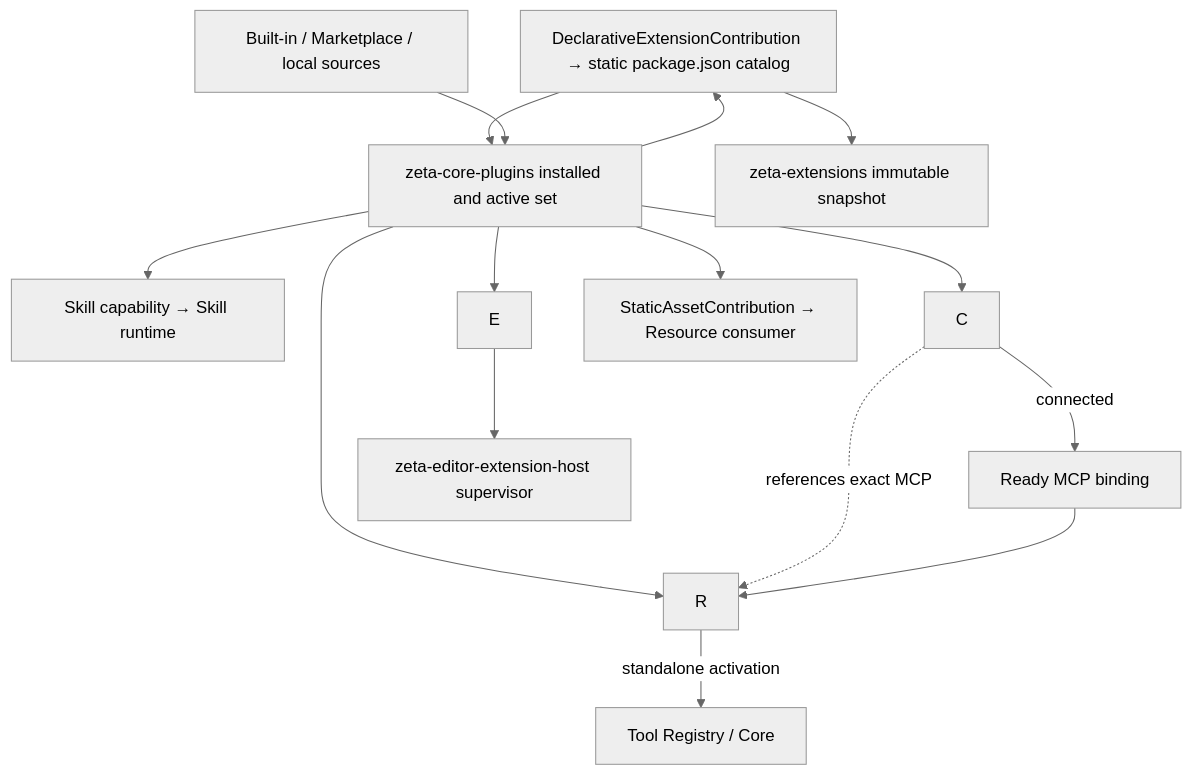
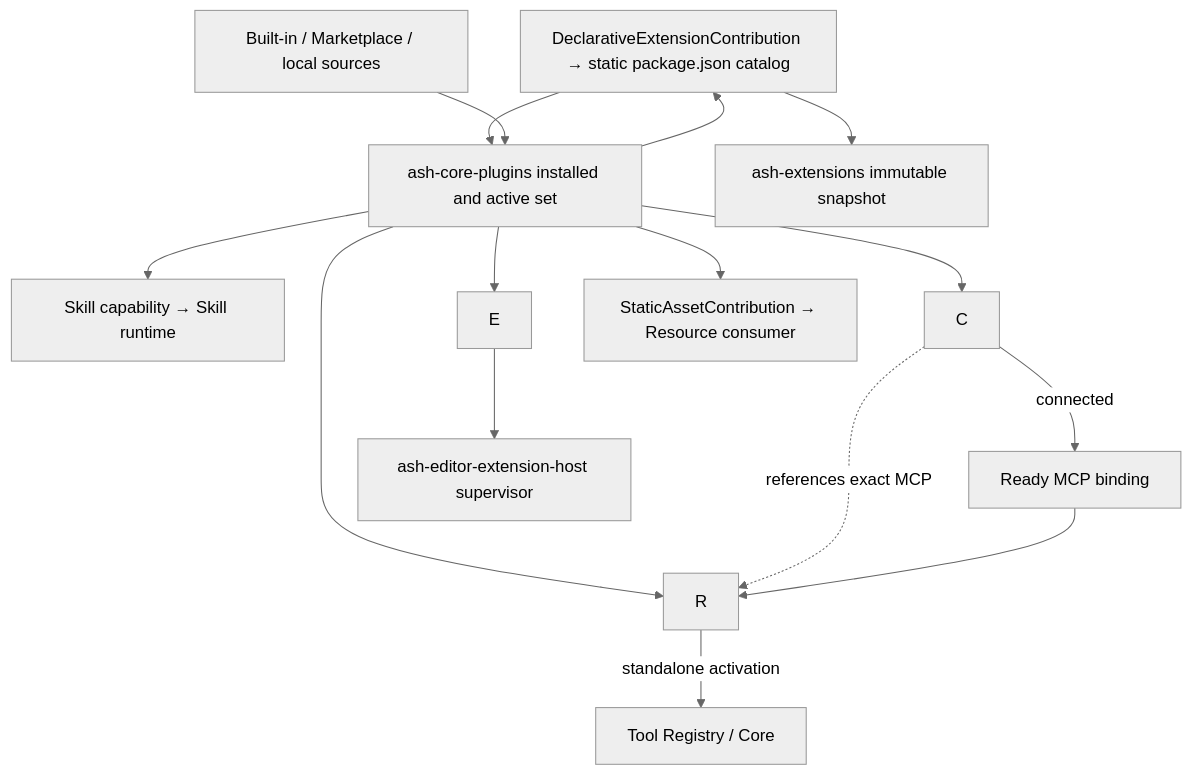
The diagram in docs/plugins.md (chogng/zeta), drawn with Mermaid (neutral theme) before and after one commit. The commit also changed other lines of this file and 7718 other files, not shown here.

Commit message:
refactor: rename zeta to ash

````diff
--- a/docs/plugins.md
+++ b/docs/plugins.md
@@ -62,17 +62,17 @@
 ```mermaid
 flowchart TD
-    D["zeta-plugin definitions"] --> P["zeta-core-plugins installed and active set"]
+    D["ash-plugin definitions"] --> P["ash-core-plugins installed and active set"]
     M["Built-in / Marketplace / local sources"] --> P
     P --> S["Skill capability → Skill runtime"]
     P --> C
     P --> R
     P --> E
     P --> D["DeclarativeExtensionContribution → static package.json catalog"]
     P --> A["StaticAssetContribution → Resource consumer"]
     C -. "references exact MCP" .-> R
     C -->|"connected"| B["Ready MCP binding"]
     R -->|"standalone activation"| T["Tool Registry / Core"]
-    E --> H["zeta-editor-extension-host supervisor"]
-    D --> X["zeta-extensions immutable snapshot"]
+    E --> H["ash-editor-extension-host supervisor"]
+    D --> X["ash-extensions immutable snapshot"]
     B --> R
 ```
````
